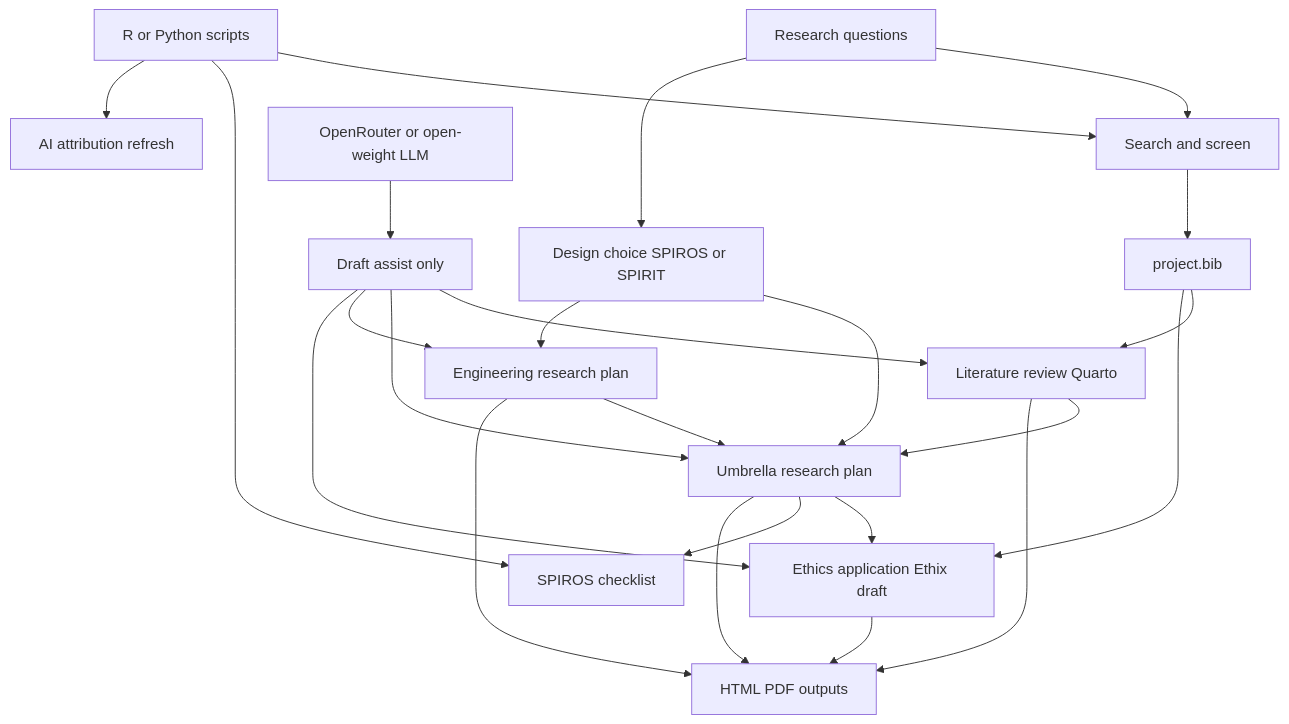
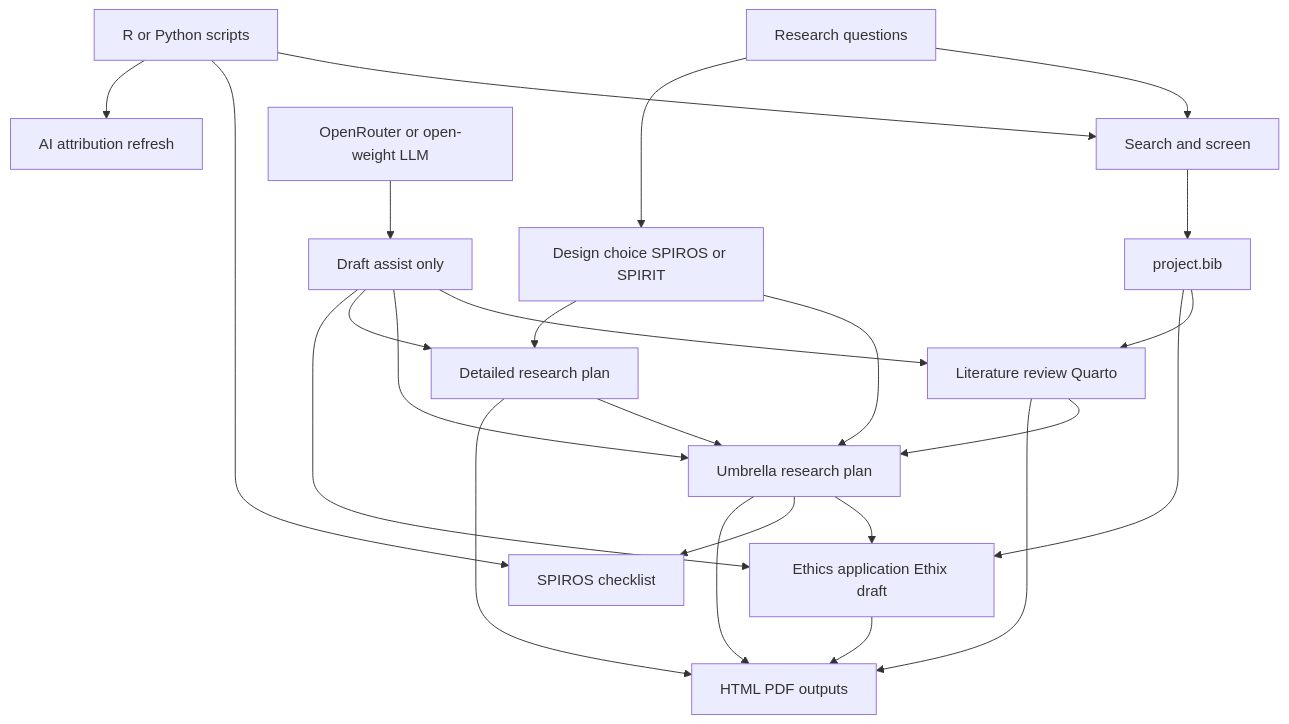
The diagram in docs/plan-research-documents.qmd (martingerdin/personalised-perioperative-management), drawn with Mermaid before and after one commit. The commit also changed other lines of this file and 4 other files, not shown here.

First line of the commit message:
Rename engineering research plan to detailed research plan

````diff
--- a/docs/plan-research-documents.qmd
+++ b/docs/plan-research-documents.qmd
@@ -266,26 +266,26 @@
 ```mermaid
 flowchart TD
   A[Research questions] --> B[Search and screen]
   B --> C[project.bib]
   C --> D[Literature review Quarto]
   A --> E[Design choice SPIROS or SPIRIT]
   E --> F1[Umbrella research plan]
-  E --> F2[Engineering research plan]
+  E --> F2[Detailed research plan]
   D --> F1
   F1 --> G[Ethics application Ethix draft]
   F2 --> F1
   C --> G
   F1 --> H[SPIROS checklist]
   D --> I[HTML PDF outputs]
   F1 --> I
   F2 --> I
   G --> I
   J[R or Python scripts] --> B
   J --> H
   J --> K[AI attribution refresh]
   L[OpenRouter or open-weight LLM] --> M[Draft assist only]
   M --> D
   M --> F1
   M --> F2
   M --> G
 ```
````
